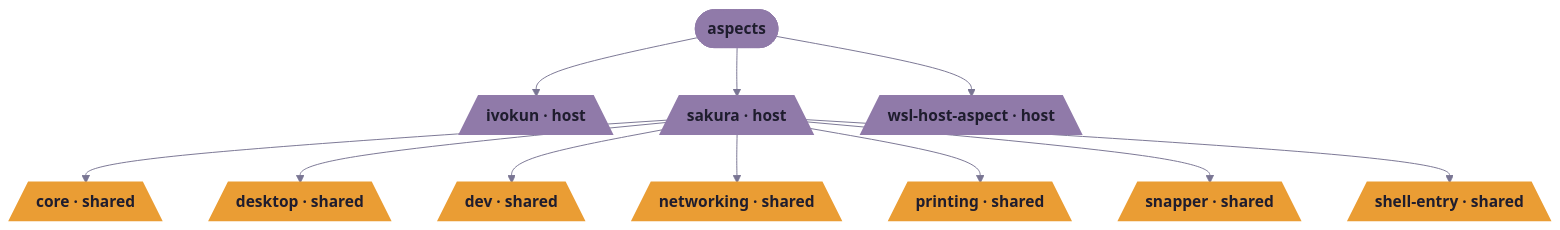
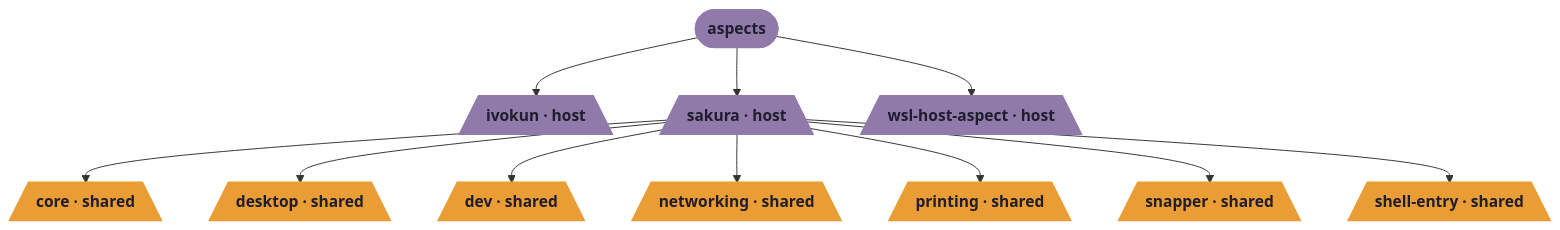
One commit to ivokun/kebun changed the fourth of 4 diagrams in README.md. Above: the diagram before and after it, drawn with Mermaid. The commit also changed other lines of this file and 1 other file, not shown here.

First line of the commit message:
fix(diagrams): github-safe mermaid output

````diff
--- a/README.md
+++ b/README.md
@@ -266,38 +263,37 @@
 ```mermaid
-%%{init: {"theme":"base","themeVariables":{"activationBkgColor":"#fffaf3","activationBorderColor":"#9893a5","actorBkg":"#fffaf3","actorBorder":"#797593","actorLineColor":"#797593","actorTextColor":"#575279","background":"#faf4ed","classText":"#575279","clusterBkg":"#fffaf3","clusterBorder":"#9893a5","edgeLabelBackground":"#faf4ed","labelBoxBkgColor":"#fffaf3","labelBoxBorderColor":"#797593","labelTextColor":"#575279","lineColor":"#797593","loopTextColor":"#575279","mainBkg":"#fffaf3","nodeBkg":"#fffaf3","nodeBorder":"#797593","nodeTextColor":"#575279","noteBkgColor":"#fffaf3","noteBorderColor":"#9893a5","noteTextColor":"#575279","pie1":"#b4637a","pie2":"#ea9d34","pie3":"#d7827e","pie4":"#286983","pie5":"#56949f","pie6":"#907aa9","pie7":"#d685af","pie8":"#a9333e","pieLegendTextColor":"#575279","pieOuterStrokeColor":"#9893a5","pieSectionTextColor":"#575279","pieStrokeColor":"#9893a5","pieTitleTextColor":"#575279","primaryBorderColor":"#797593","primaryColor":"#fffaf3","primaryTextColor":"#575279","secondBkg":"#fffaf3","secondaryBorderColor":"#9893a5","secondaryColor":"#fffaf3","secondaryTextColor":"#575279","sequenceNumberColor":"#faf4ed","signalColor":"#797593","signalTextColor":"#575279","tertiaryBorderColor":"#9893a5","tertiaryColor":"#fffaf3","tertiaryTextColor":"#575279","textColor":"#575279","titleColor":"#575279"}}}%%
 graph TD
   aspects([aspects]):::root
   core[/"core · shared"\]:::core_c
   desktop[/"desktop · shared"\]:::desktop_c
   dev[/"dev · shared"\]:::dev_c
   ivokun[/"ivokun · host"\]:::ivokun_c
   networking[/"networking · shared"\]:::networking_c
   printing[/"printing · shared"\]:::printing_c
   sakura[/"sakura · host"\]:::sakura_c
   shell_entry[/"shell-entry · shared"\]:::shell_entry_c
   snapper[/"snapper · shared"\]:::snapper_c
   wsl_host_aspect[/"wsl-host-aspect · host"\]:::wsl_host_aspect_c
 
   aspects --> ivokun
   aspects --> sakura
   aspects --> wsl_host_aspect
   sakura --> core
   sakura --> desktop
   sakura --> dev
   sakura --> networking
   sakura --> printing
   sakura --> snapper
   sakura --> shell_entry
 
   classDef root fill:#907aa9,stroke:#907aa9,color:#1f1d2e,font-weight:bold
   classDef core_c fill:#ea9d34,stroke:#ea9d34,color:#1f1d2e,stroke-width:2px
   classDef desktop_c fill:#ea9d34,stroke:#ea9d34,color:#1f1d2e,stroke-width:2px
   classDef dev_c fill:#ea9d34,stroke:#ea9d34,color:#1f1d2e,stroke-width:2px
   classDef ivokun_c fill:#907aa9,stroke:#907aa9,color:#1f1d2e,stroke-width:2px
   classDef networking_c fill:#ea9d34,stroke:#ea9d34,color:#1f1d2e,stroke-width:2px
   classDef printing_c fill:#ea9d34,stroke:#ea9d34,color:#1f1d2e,stroke-width:2px
   classDef sakura_c fill:#907aa9,stroke:#907aa9,color:#1f1d2e,stroke-width:2px
   classDef shell_entry_c fill:#ea9d34,stroke:#ea9d34,color:#1f1d2e,stroke-width:2px
   classDef snapper_c fill:#ea9d34,stroke:#ea9d34,color:#1f1d2e,stroke-width:2px
   classDef wsl_host_aspect_c fill:#907aa9,stroke:#907aa9,color:#1f1d2e,stroke-width:2px
 ```
````
